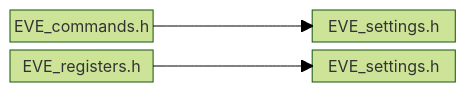
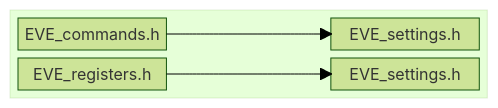
Before and after one commit to Bridgetek/Eve-MCU-Dev: the fifth of 11 diagrams in README.md, drawn with Mermaid (forest theme). The commit also changed other lines of this file, not shown here.

````diff
--- a/README.md
+++ b/README.md
@@ -327,9 +333,13 @@
 ```mermaid
 block
   columns 3
-  A1["EVE_commands.h"]    space   B1["EVE_settings.h"]
-  A2["EVE_registers.h"]   space   B2["EVE_settings.h"]
+  block:COMMAND_REGISTER_LAYER[" "]:3
+    columns 3
 
-  A1 --> B1
-  A2 --> B2
+    A1["EVE_commands.h"]    space  B1["EVE_settings.h"]  
+    A2["EVE_registers.h"]   space  B2["EVE_settings.h"]
+
+    A1 --> B1
+    A2 --> B2
+  end
 ```
````
